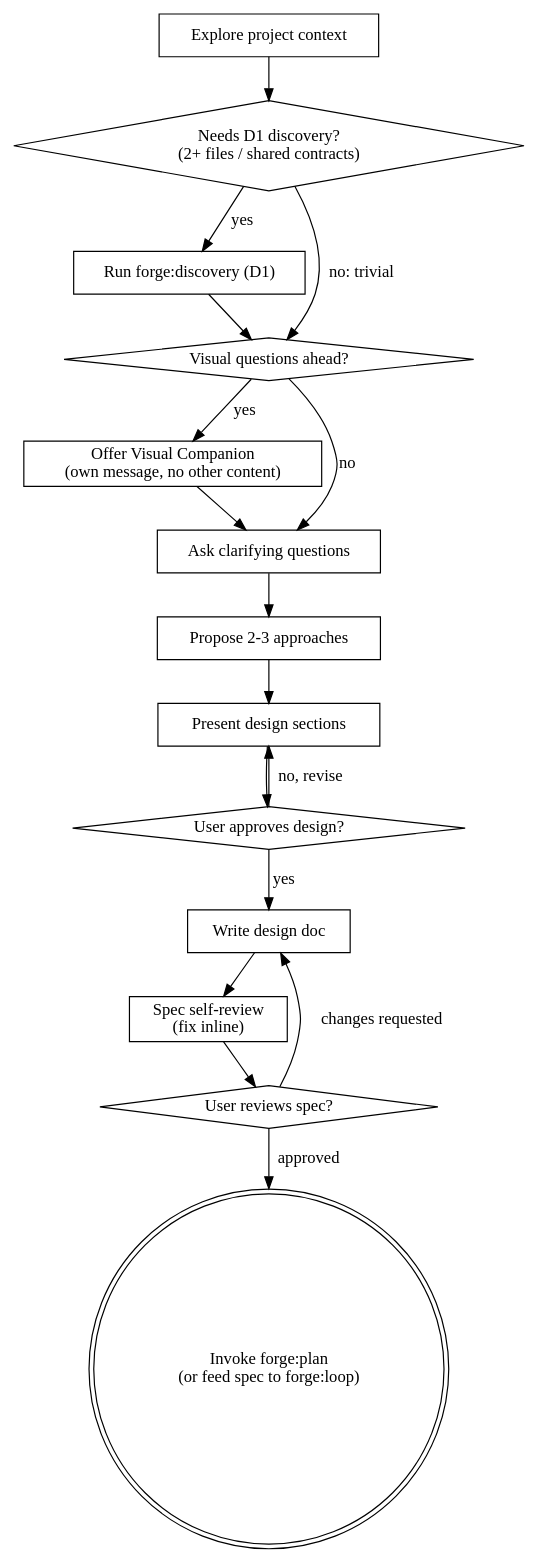
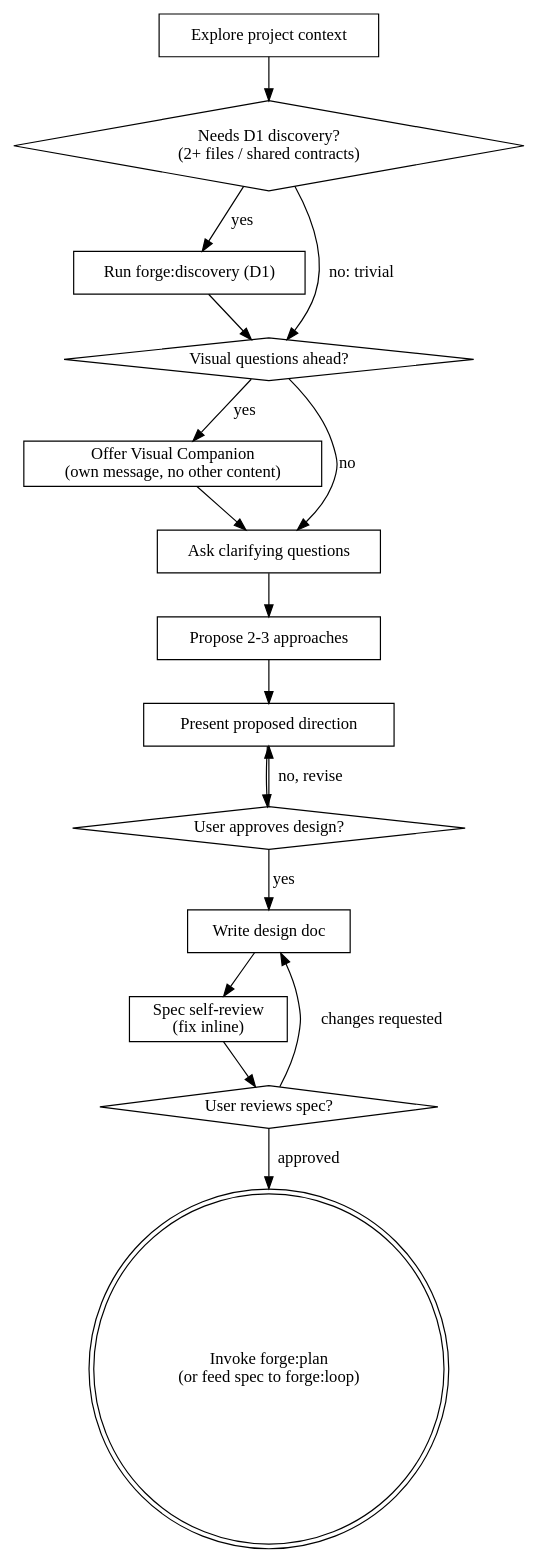
Before and after one commit to JochenYang/open-agent: the diagram in .opencode/forge-skills/brainstorm/SKILL.md, drawn with Graphviz. The commit also changed other lines of this file and 5 other files, not shown here.

First line of the commit message:
refactor(forge): tighten approval flow

````diff
--- a/.opencode/forge-skills/brainstorm/SKILL.md
+++ b/.opencode/forge-skills/brainstorm/SKILL.md
@@ -51,34 +64,34 @@
 ```dot
 digraph brainstorm {
     "Explore project context" [shape=box];
     "Needs D1 discovery?\n(2+ files / shared contracts)" [shape=diamond];
     "Run forge:discovery (D1)" [shape=box];
     "Visual questions ahead?" [shape=diamond];
     "Offer Visual Companion\n(own message, no other content)" [shape=box];
     "Ask clarifying questions" [shape=box];
     "Propose 2-3 approaches" [shape=box];
-    "Present design sections" [shape=box];
+    "Present proposed direction" [shape=box];
     "User approves design?" [shape=diamond];
     "Write design doc" [shape=box];
     "Spec self-review\n(fix inline)" [shape=box];
     "User reviews spec?" [shape=diamond];
     "Invoke forge:plan\n(or feed spec to forge:loop)" [shape=doublecircle];
 
     "Explore project context" -> "Needs D1 discovery?\n(2+ files / shared contracts)";
     "Needs D1 discovery?\n(2+ files / shared contracts)" -> "Run forge:discovery (D1)" [label="yes"];
     "Needs D1 discovery?\n(2+ files / shared contracts)" -> "Visual questions ahead?" [label="no: trivial"];
     "Run forge:discovery (D1)" -> "Visual questions ahead?";
     "Visual questions ahead?" -> "Offer Visual Companion\n(own message, no other content)" [label="yes"];
     "Visual questions ahead?" -> "Ask clarifying questions" [label="no"];
     "Offer Visual Companion\n(own message, no other content)" -> "Ask clarifying questions";
     "Ask clarifying questions" -> "Propose 2-3 approaches";
-    "Propose 2-3 approaches" -> "Present design sections";
-    "Present design sections" -> "User approves design?";
-    "User approves design?" -> "Present design sections" [label="no, revise"];
+    "Propose 2-3 approaches" -> "Present proposed direction";
+    "Present proposed direction" -> "User approves design?";
+    "User approves design?" -> "Present proposed direction" [label="no, revise"];
     "User approves design?" -> "Write design doc" [label="yes"];
     "Write design doc" -> "Spec self-review\n(fix inline)";
     "Spec self-review\n(fix inline)" -> "User reviews spec?";
     "User reviews spec?" -> "Write design doc" [label="changes requested"];
     "User reviews spec?" -> "Invoke forge:plan\n(or feed spec to forge:loop)" [label="approved"];
 }
 ```
````
